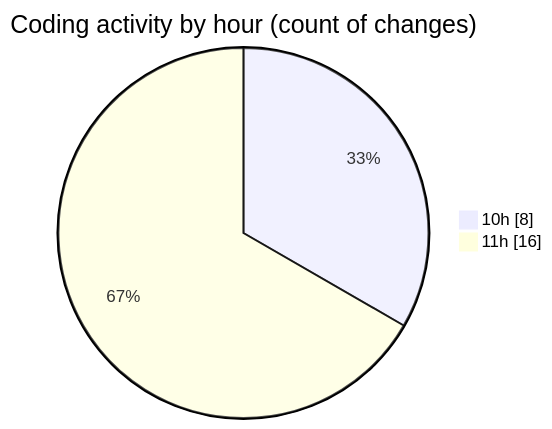
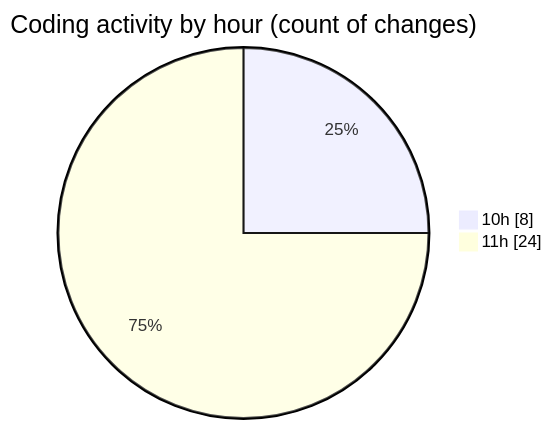
One commit to momahboobian/code-tracking changed the second of 2 diagrams in 2026-10-13/cda/README.md. Above: the diagram before and after it, drawn with Mermaid. The commit also changed other lines of this file and 1 other file, not shown here.

````diff
--- a/2026-10-13/cda/README.md
+++ b/2026-10-13/cda/README.md
@@ -43,6 +44,6 @@
 ```mermaid
 pie showData
 title Coding activity by hour (count of changes)
 "10h" : 8
-"11h" : 16
+"11h" : 24
 ```
````
